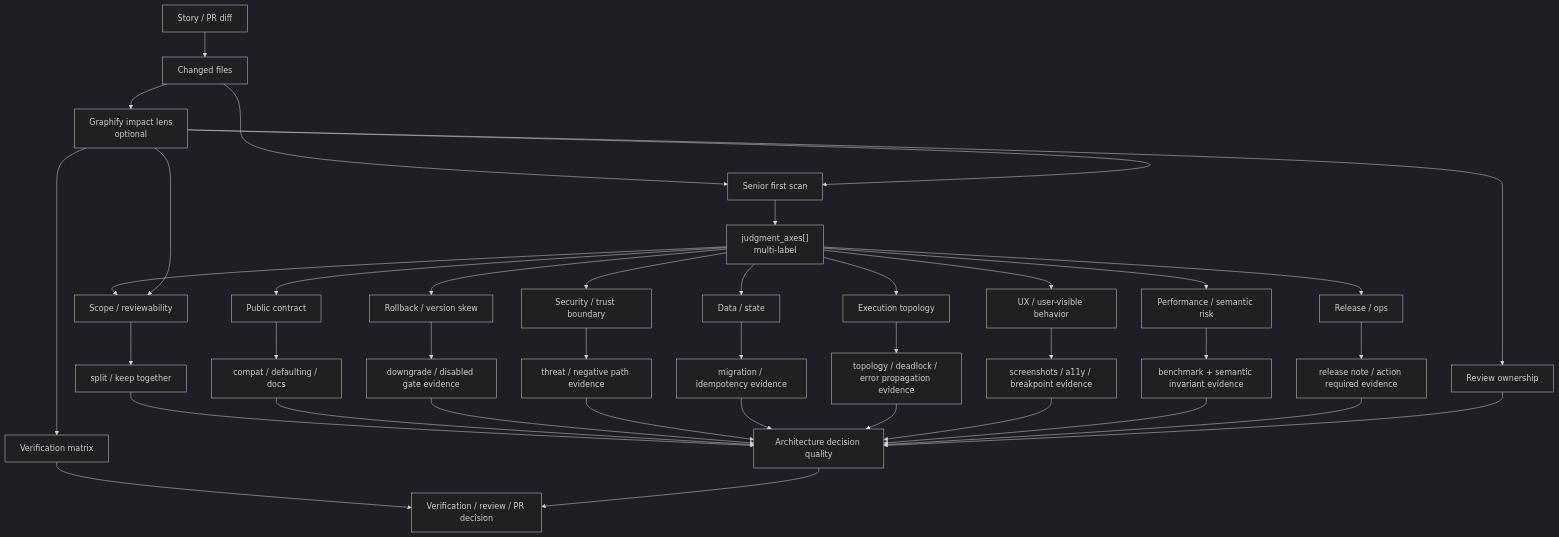
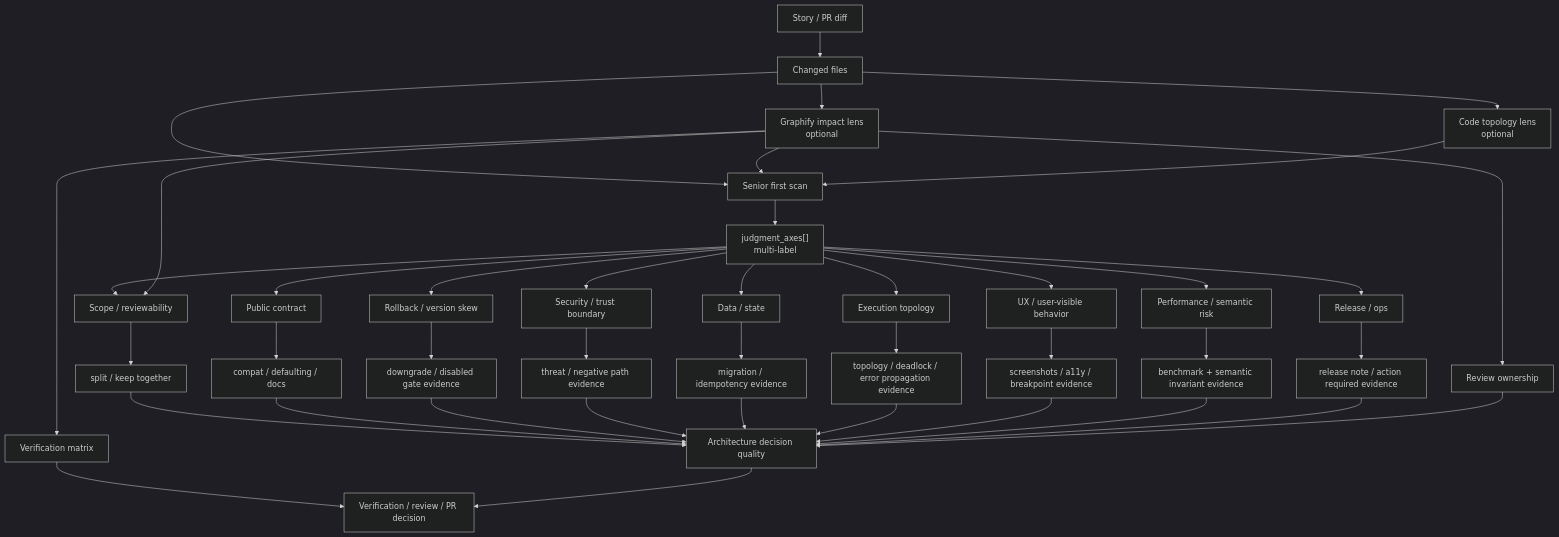
Before and after one commit to Unson-LLC/vibepro: the diagram in docs/architecture/vibepro-senior-judgment-multi-axis-dag.md, drawn with Mermaid (dark theme). The commit also changed other lines of this file and 10 other files, not shown here.

Commit message:
Integrate optional code topology evidence (#241)

````diff
--- a/docs/architecture/vibepro-senior-judgment-multi-axis-dag.md
+++ b/docs/architecture/vibepro-senior-judgment-multi-axis-dag.md
@@ -24,46 +25,48 @@
 ```mermaid
 flowchart TD
   A["Story / PR diff"] --> B["Changed files"]
   B --> G["Graphify impact lens\noptional"]
+  B --> CT["Code topology lens\noptional"]
   B --> S["Senior first scan"]
   G --> S
+  CT --> S
 
   S --> AX["judgment_axes[]\nmulti-label"]
 
   AX --> C["Scope / reviewability"]
   AX --> D["Public contract"]
   AX --> E["Rollback / version skew"]
   AX --> F["Security / trust boundary"]
   AX --> H["Data / state"]
   AX --> I["Execution topology"]
   AX --> J["UX / user-visible behavior"]
   AX --> K["Performance / semantic risk"]
   AX --> L["Release / ops"]
 
   G --> C
   G --> M["Review ownership"]
   G --> N["Verification matrix"]
 
   C --> O["split / keep together"]
   D --> P["compat / defaulting / docs"]
   E --> Q["downgrade / disabled gate evidence"]
   F --> R["threat / negative path evidence"]
   H --> T["migration / idempotency evidence"]
   I --> U["topology / deadlock / error propagation evidence"]
   J --> V["screenshots / a11y / breakpoint evidence"]
   K --> W["benchmark + semantic invariant evidence"]
   L --> X["release note / action required evidence"]
 
   O --> Y["Architecture decision quality"]
   P --> Y
   Q --> Y
   R --> Y
   T --> Y
   U --> Y
   V --> Y
   W --> Y
   X --> Y
   M --> Y
   N --> Z["Verification / review / PR decision"]
   Y --> Z
 ```
````
